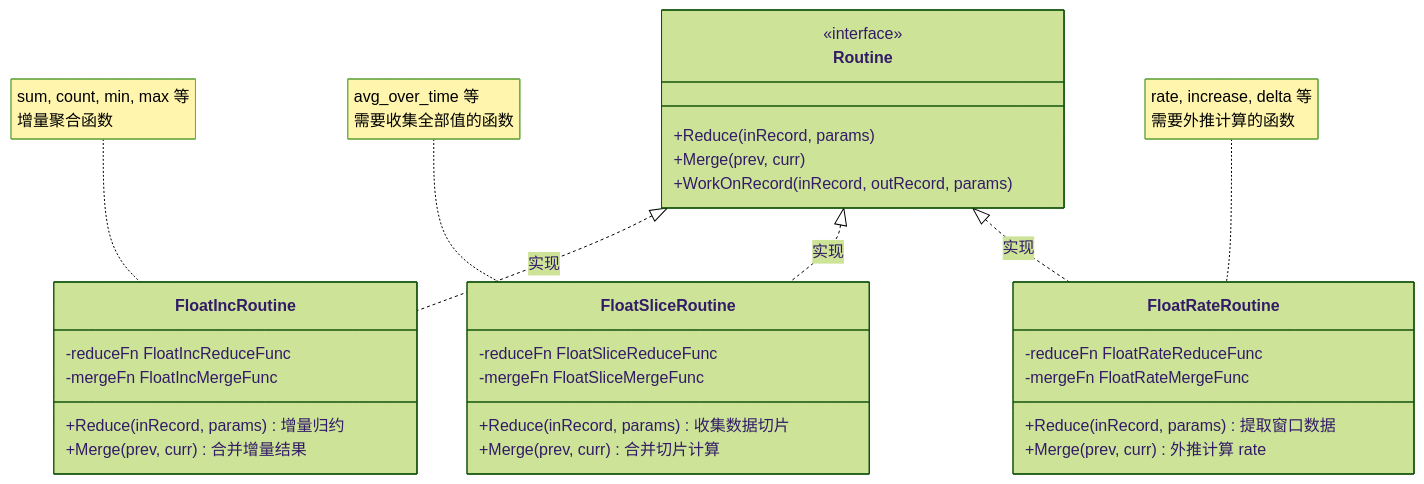
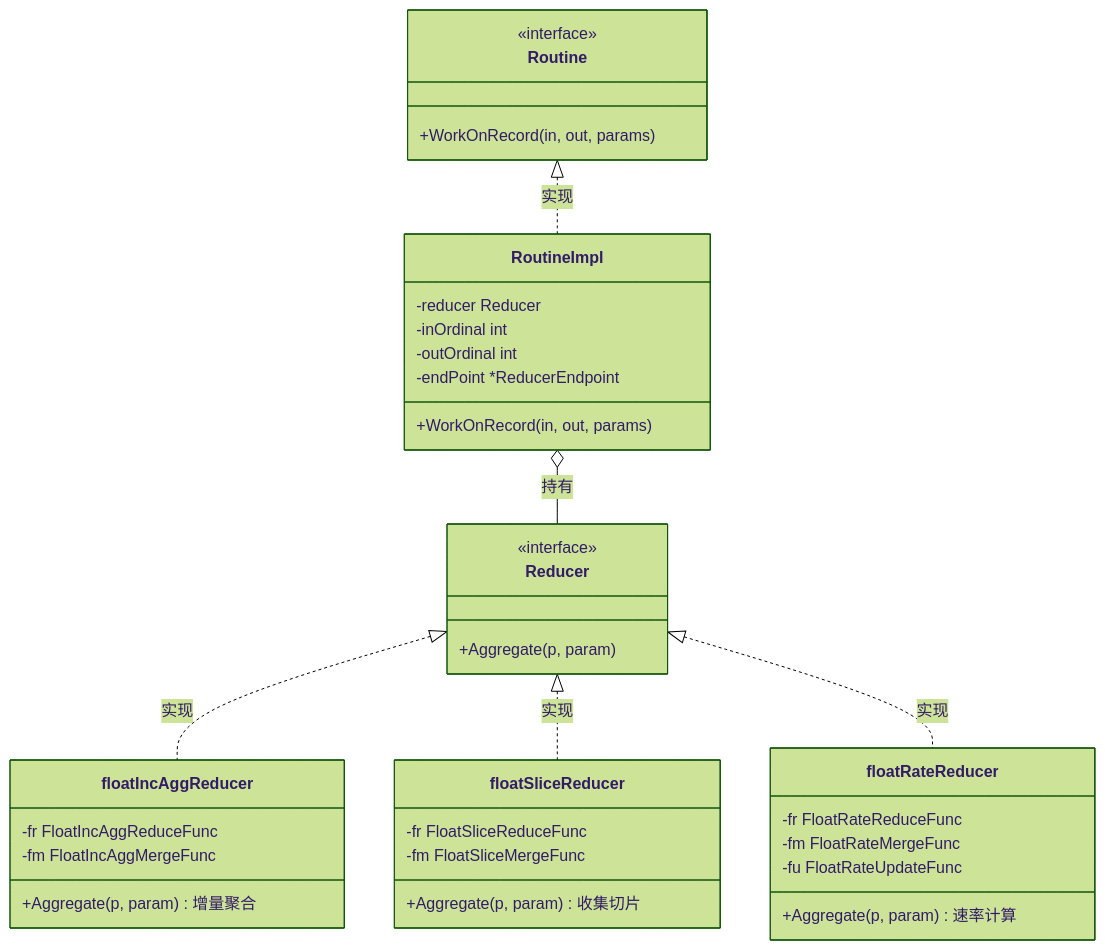
Before and after one commit to stefanv5/openGemini: diagram 16 of 17 in docs/specs/08_promql_compatibility_spec.md, drawn with Mermaid (forest theme). The commit also changed other lines of this file and 37 other files, not shown here.

````diff
--- a/docs/specs/08_promql_compatibility_spec.md
+++ b/docs/specs/08_promql_compatibility_spec.md
@@ -3980,38 +4282,45 @@
 ```mermaid
 classDiagram
+    class Reducer {
+        <<interface>>
+        +Aggregate(p, param)
+    }
+
     class Routine {
         <<interface>>
-        +Reduce(inRecord, params)
-        +Merge(prev, curr)
-        +WorkOnRecord(inRecord, outRecord, params)
+        +WorkOnRecord(in, out, params)
     }
 
-    class FloatIncRoutine {
-        -reduceFn FloatIncReduceFunc
-        -mergeFn FloatIncMergeFunc
-        +Reduce(inRecord, params) 增量归约
-        +Merge(prev, curr) 合并增量结果
+    class RoutineImpl {
+        -reducer Reducer
+        -inOrdinal int
+        -outOrdinal int
+        -endPoint *ReducerEndpoint
+        +WorkOnRecord(in, out, params)
     }
 
-    class FloatSliceRoutine {
-        -reduceFn FloatSliceReduceFunc
-        -mergeFn FloatSliceMergeFunc
-        +Reduce(inRecord, params) 收集数据切片
-        +Merge(prev, curr) 合并切片计算
+    class floatIncAggReducer {
+        -fr FloatIncAggReduceFunc
+        -fm FloatIncAggMergeFunc
+        +Aggregate(p, param) 增量聚合
     }
 
-    class FloatRateRoutine {
-        -reduceFn FloatRateReduceFunc
-        -mergeFn FloatRateMergeFunc
-        +Reduce(inRecord, params) 提取窗口数据
-        +Merge(prev, curr) 外推计算 rate
+    class floatSliceReducer {
+        -fr FloatSliceReduceFunc
+        -fm FloatSliceMergeFunc
+        +Aggregate(p, param) 收集切片
     }
 
-    Routine <|.. FloatIncRoutine : 实现
-    Routine <|.. FloatSliceRoutine : 实现
-    Routine <|.. FloatRateRoutine : 实现
+    class floatRateReducer {
+        -fr FloatRateReduceFunc
+        -fm FloatRateMergeFunc
+        -fu FloatRateUpdateFunc
+        +Aggregate(p, param) 速率计算
+    }
 
-    note for FloatIncRoutine "sum, count, min, max 等<br/>增量聚合函数"
-    note for FloatSliceRoutine "avg_over_time 等<br/>需要收集全部值的函数"
-    note for FloatRateRoutine "rate, increase, delta 等<br/>需要外推计算的函数"
+    Routine <|.. RoutineImpl : 实现
+    RoutineImpl o-- Reducer : 持有
+    Reducer <|.. floatIncAggReducer : 实现
+    Reducer <|.. floatSliceReducer : 实现
+    Reducer <|.. floatRateReducer : 实现
 ```
````
